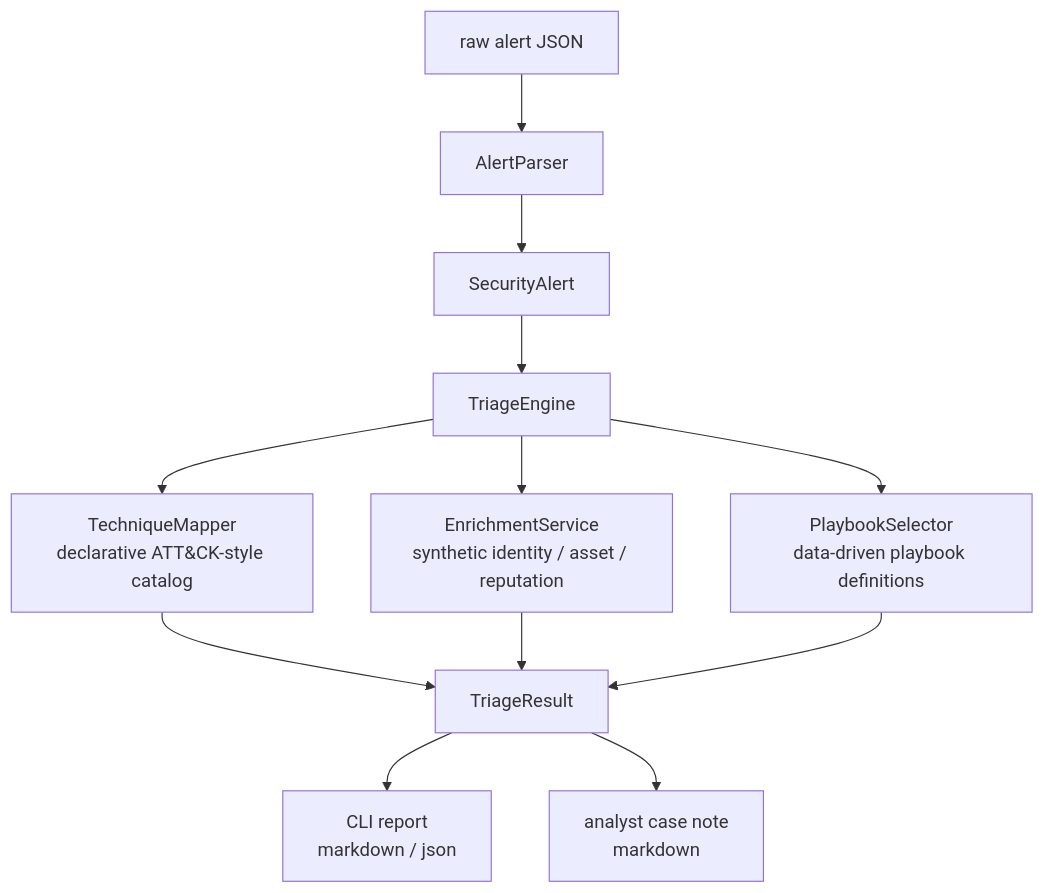
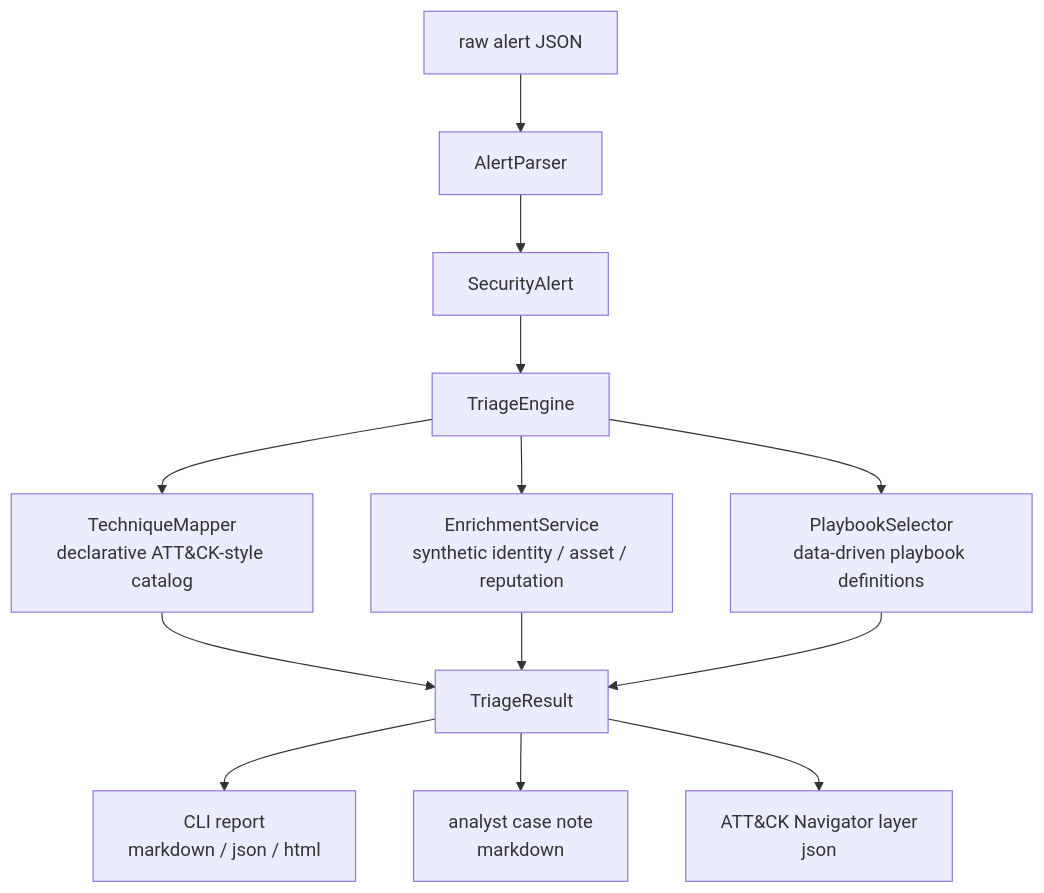
One commit to finnholzgrabe/secops-automation-workbench changed the diagram in docs/architecture.md. Above: the diagram before and after it, drawn with Mermaid. The commit also changed other lines of this file, not shown here.

First line of the commit message:
docs: document the full command surface in architecture

````diff
--- a/docs/architecture.md
+++ b/docs/architecture.md
@@ -5,14 +5,15 @@
 ```mermaid
 flowchart TD
     A[raw alert JSON] --> B[AlertParser]
     B --> C[SecurityAlert]
     C --> D[TriageEngine]
     D --> E[TechniqueMapper<br/>declarative ATT&CK-style catalog]
     D --> F[EnrichmentService<br/>synthetic identity / asset / reputation]
     D --> G[PlaybookSelector<br/>data-driven playbook definitions]
     E --> H[TriageResult]
     F --> H
     G --> H
-    H --> I[CLI report<br/>markdown / json]
+    H --> I[CLI report<br/>markdown / json / html]
     H --> J[analyst case note<br/>markdown]
+    H --> K[ATT&CK Navigator layer<br/>json]
 ```
````
